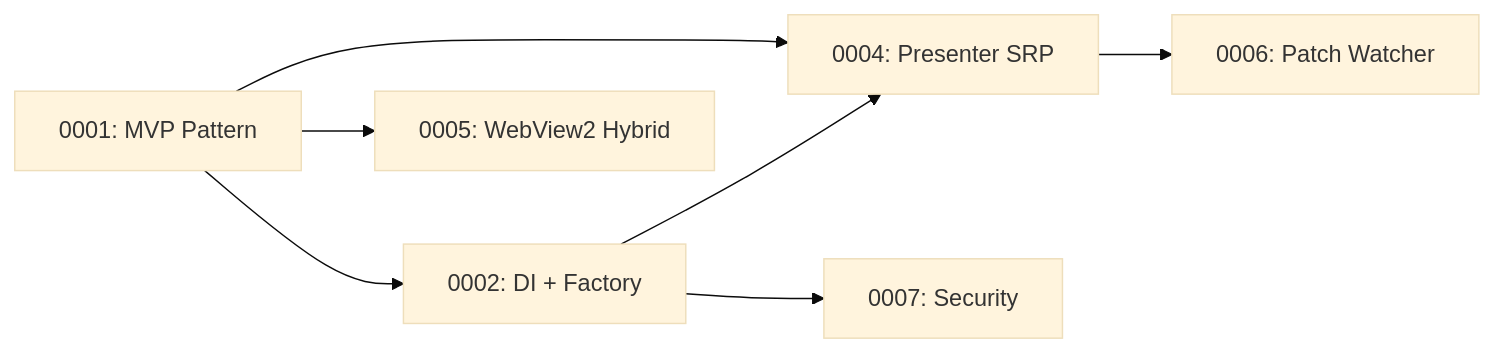
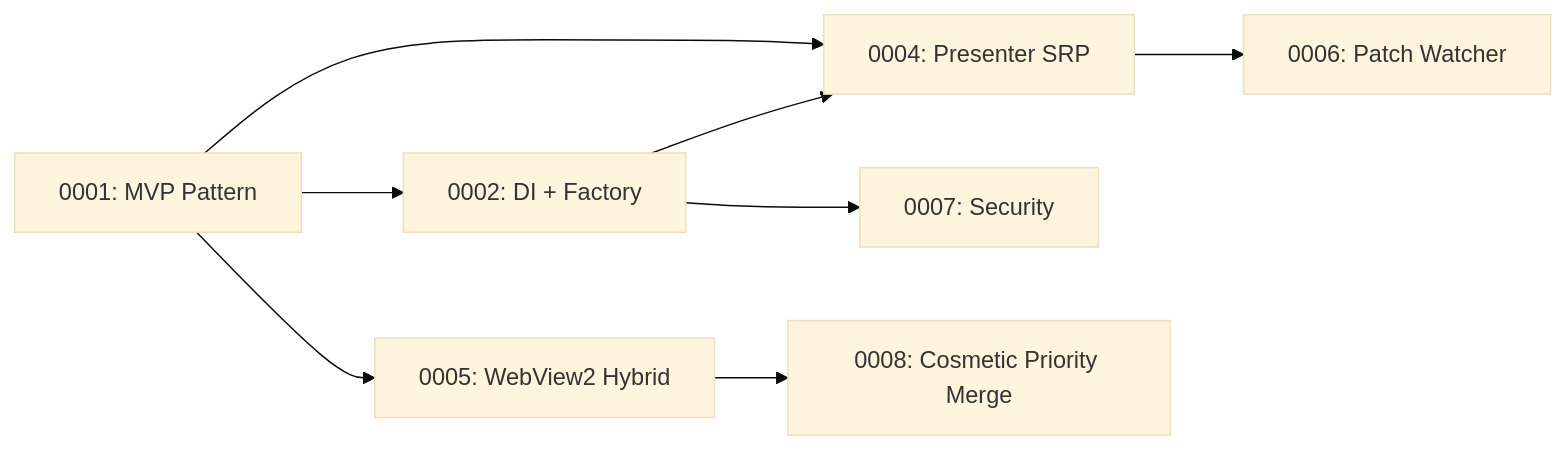
Before and after one commit to Anneardysa/ArdysaModsTools: the diagram in docs/adr/README.md, drawn with Mermaid (base theme). The commit also changed other lines of this file and 7 other files, not shown here.

First line of the commit message:
2.1.27-beta | Documentation | Add ADR-0008 and update API/skill docs for base-priority method and layered merge | 2136

````diff
--- a/docs/adr/README.md
+++ b/docs/adr/README.md
@@ -25,9 +26,10 @@
 ```mermaid
 graph LR
     ADR0001["0001: MVP Pattern"] --> ADR0002["0002: DI + Factory"]
     ADR0001 --> ADR0004["0004: Presenter SRP"]
     ADR0002 --> ADR0004
     ADR0001 --> ADR0005["0005: WebView2 Hybrid"]
     ADR0004 --> ADR0006["0006: Patch Watcher"]
     ADR0002 --> ADR0007["0007: Security"]
+    ADR0005 --> ADR0008["0008: Cosmetic Priority Merge"]
 ```
````
